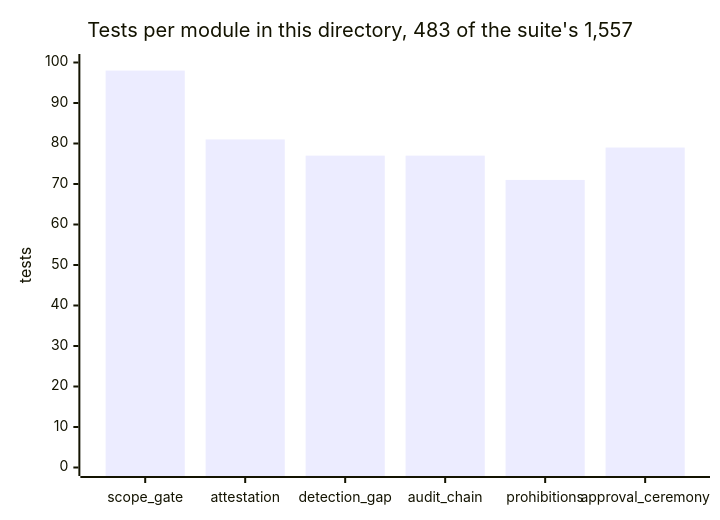
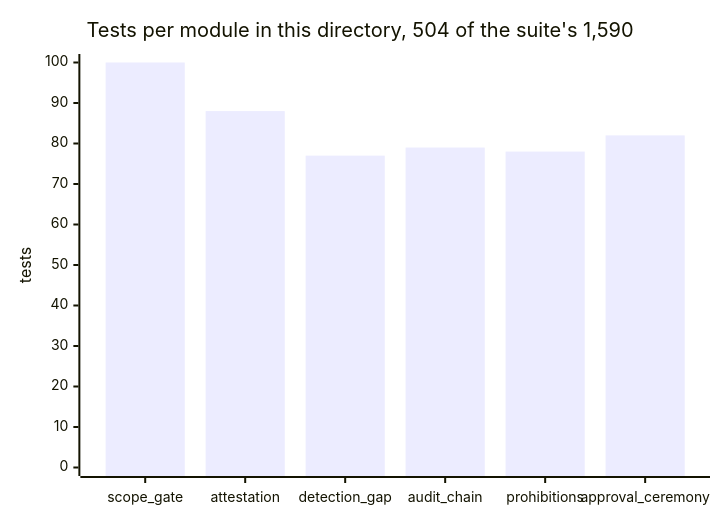
Before and after one commit to greeklinux/Showcase: the ninth of 10 diagrams in blackgate/README.md, drawn with Mermaid. The commit also changed other lines of this file and 29 other files, not shown here.

````diff
--- a/blackgate/README.md
+++ b/blackgate/README.md
@@ -827,7 +827,7 @@
 ```mermaid
 xychart-beta
-    title "Tests per module in this directory, 483 of the suite's 1,557"
+    title "Tests per module in this directory, 504 of the suite's 1,590"
     x-axis ["scope_gate", "attestation", "detection_gap", "audit_chain", "prohibitions", "approval_ceremony"]
     y-axis "tests" 0 --> 100
-    bar [98, 81, 77, 77, 71, 79]
+    bar [100, 88, 77, 79, 78, 82]
 ```
````
